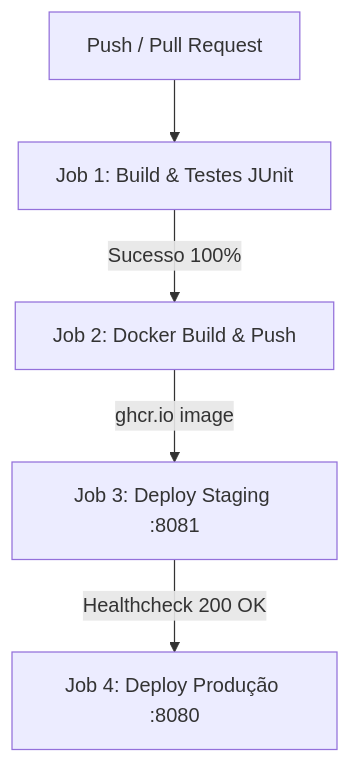
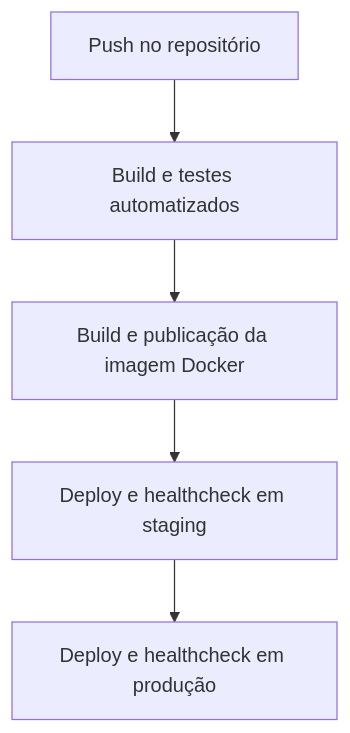
One commit to eMrtc/cidades-esg-devops changed the diagram in README.md. Above: the diagram before and after it, drawn with Mermaid. The commit also changed other lines of this file and 5 other files, not shown here.

````diff
--- a/README.md
+++ b/README.md
@@ -90,7 +89,7 @@
 ```mermaid
-graph TD
-    A[Push / Pull Request] --> B[Job 1: Build & Testes JUnit]
-    B -->|Sucesso 100%| C[Job 2: Docker Build & Push]
-    C -->|ghcr.io image| D[Job 3: Deploy Staging :8081]
-    D -->|Healthcheck 200 OK| E[Job 4: Deploy Produção :8080]
+flowchart TD
+    A[Push no repositório] --> B[Build e testes automatizados]
+    B --> C[Build e publicação da imagem Docker]
+    C --> D[Deploy e healthcheck em staging]
+    D --> E[Deploy e healthcheck em produção]
 ```
````
